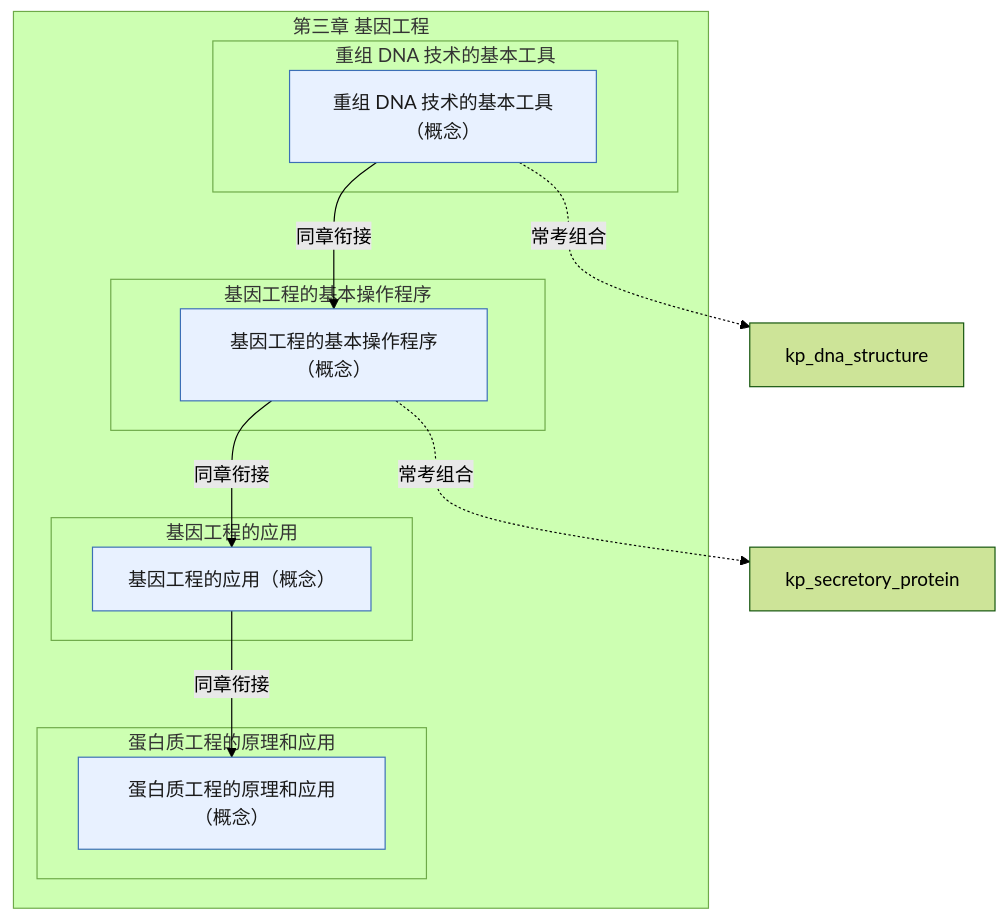
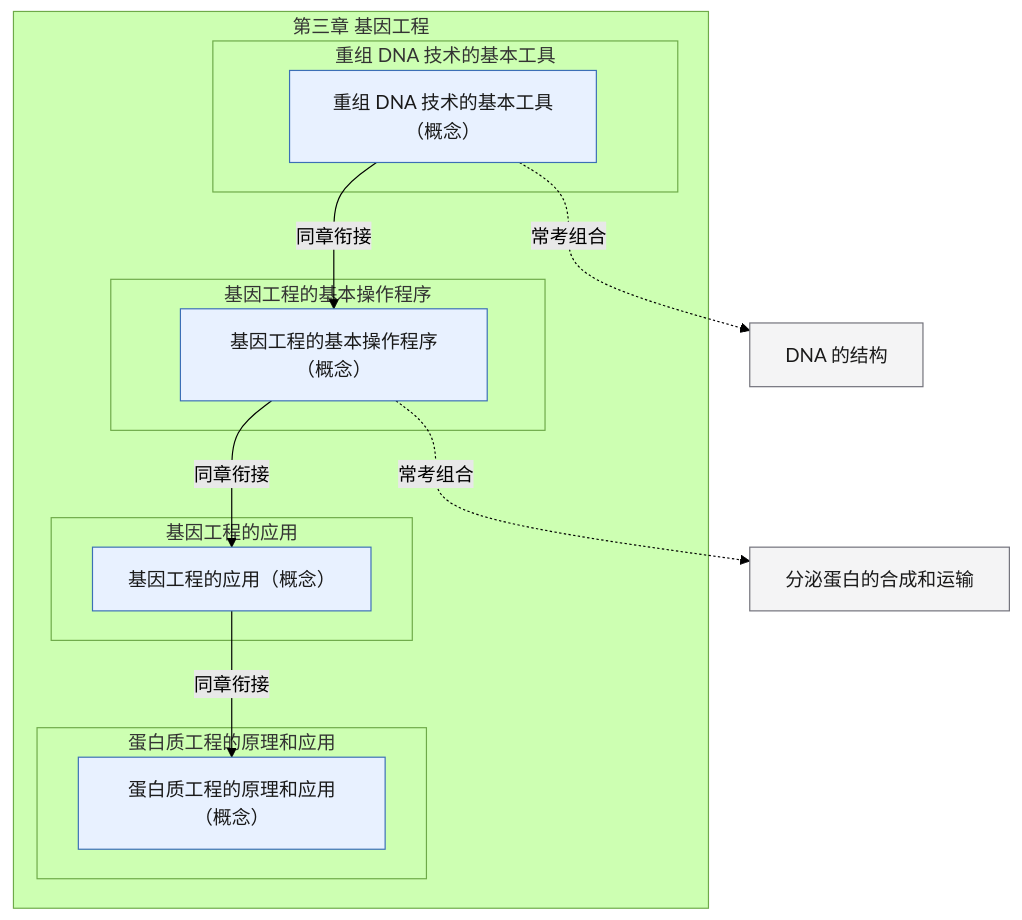
Before and after one commit to lihenair/high-school-ai-tutor-skill: the diagram in skills/high-school-ai-tutor/references/pep-bio-xbx3-ch3.md, drawn with Mermaid (forest theme). The commit also changed 20 other files, not shown here.

Commit message:
feat(graph): 跨章常考组合渲染为中文显示名（灰色外部节点），不再显示英文代号

````diff
--- a/skills/high-school-ai-tutor/references/pep-bio-xbx3-ch3.md
+++ b/skills/high-school-ai-tutor/references/pep-bio-xbx3-ch3.md
@@ -5,26 +5,26 @@
 ```mermaid
 flowchart TD
   classDef concept fill:#E8F1FF,stroke:#3B6FB6,color:#1A1A1A
   classDef skill fill:#E7F6EE,stroke:#2E7D4F,color:#1A1A1A
   classDef experiment fill:#FFF4E5,stroke:#C47B17,color:#1A1A1A
   classDef later fill:#F4F4F5,stroke:#71717A,color:#1A1A1A
   subgraph ch["第三章 基因工程"]
     subgraph s1["重组 DNA 技术的基本工具"]
       kp_recombinant_dna_tools["重组 DNA 技术的基本工具（概念）"]:::concept
     end
     subgraph s2["基因工程的基本操作程序"]
       kp_gene_engineering_procedure["基因工程的基本操作程序（概念）"]:::concept
     end
     subgraph s3["基因工程的应用"]
       kp_gene_engineering_applications["基因工程的应用（概念）"]:::concept
     end
     subgraph s4["蛋白质工程的原理和应用"]
       kp_protein_engineering["蛋白质工程的原理和应用（概念）"]:::concept
     end
   end
   kp_recombinant_dna_tools -->|同章衔接| kp_gene_engineering_procedure
   kp_gene_engineering_procedure -->|同章衔接| kp_gene_engineering_applications
   kp_gene_engineering_applications -->|同章衔接| kp_protein_engineering
-  kp_recombinant_dna_tools -.->|常考组合| kp_dna_structure
-  kp_gene_engineering_procedure -.->|常考组合| kp_secretory_protein
+  kp_recombinant_dna_tools -.->|常考组合| kp_dna_structure["DNA 的结构"]:::later
+  kp_gene_engineering_procedure -.->|常考组合| kp_secretory_protein["分泌蛋白的合成和运输"]:::later
 ```
````
